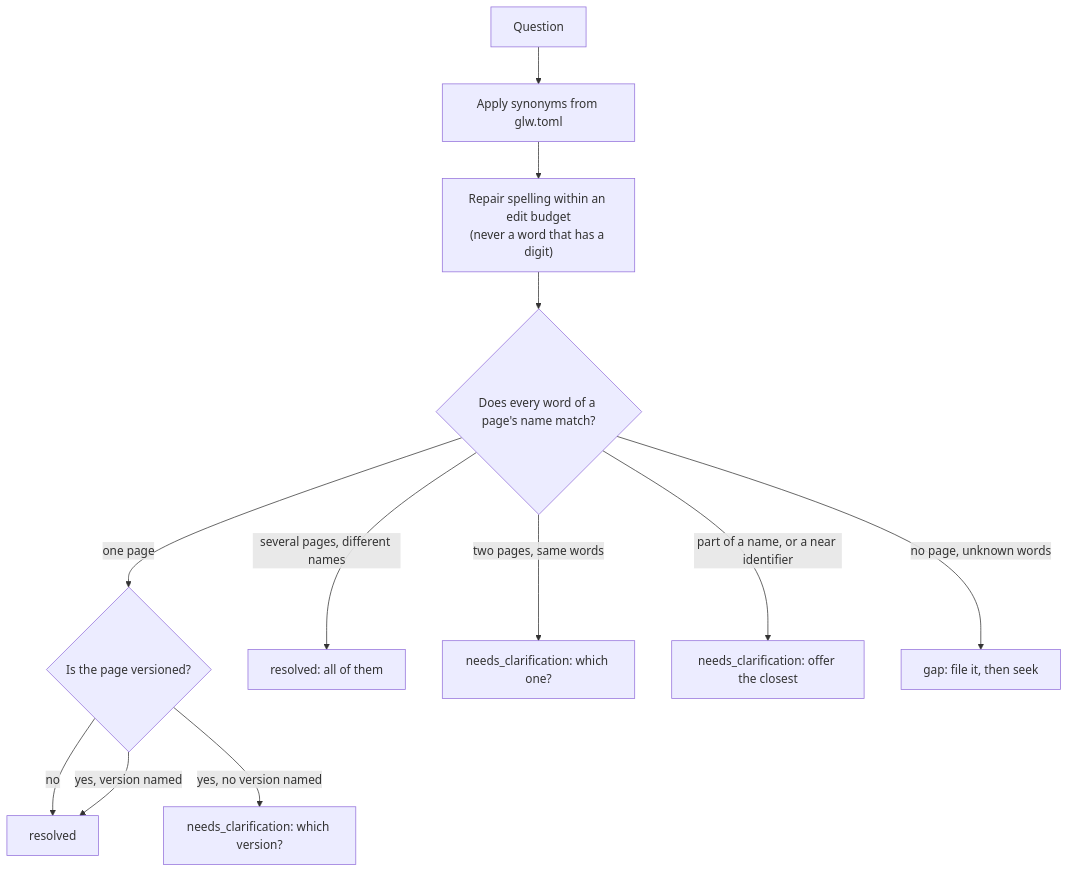
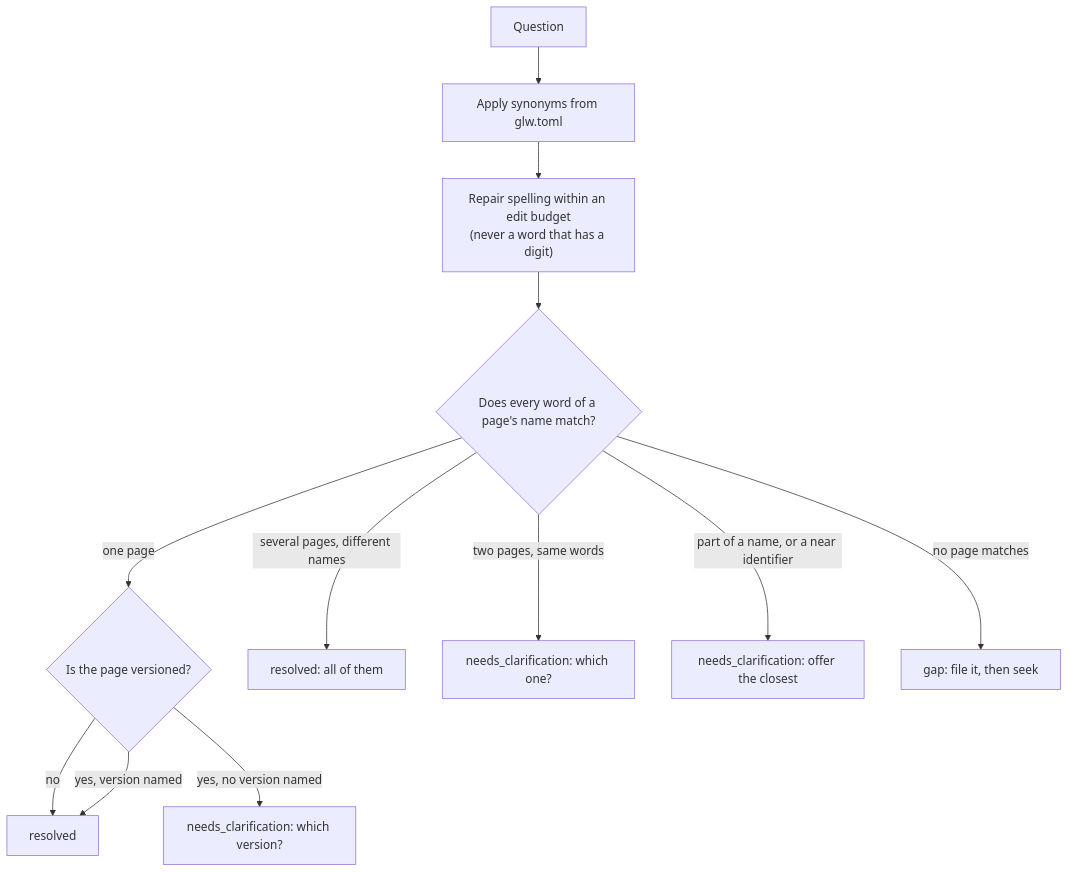
Before and after one commit to thewriterben/grounded-learning-wiki: the diagram in README.md, drawn with Mermaid. The commit also changed other lines of this file and 6 other files, not shown here.

````diff
--- a/README.md
+++ b/README.md
@@ -56,14 +56,14 @@
 ```mermaid
 flowchart TD
   Q["Question"] --> S["Apply synonyms from glw.toml"]
   S --> T["Repair spelling within an edit budget<br/>(never a word that has a digit)"]
   T --> M{"Does every word of a page's name match?"}
   M -- "one page" --> V{"Is the page versioned?"}
   M -- "several pages, different names" --> RA["resolved: all of them"]
   M -- "two pages, same words" --> AB["needs_clarification: which one?"]
   M -- "part of a name, or a near identifier" --> OF["needs_clarification: offer the closest"]
-  M -- "no page, unknown words" --> G["gap: file it, then seek"]
+  M -- "no page matches" --> G["gap: file it, then seek"]
   V -- "no" --> R["resolved"]
   V -- "yes, version named" --> R
   V -- "yes, no version named" --> AV["needs_clarification: which version?"]
 ```
````
